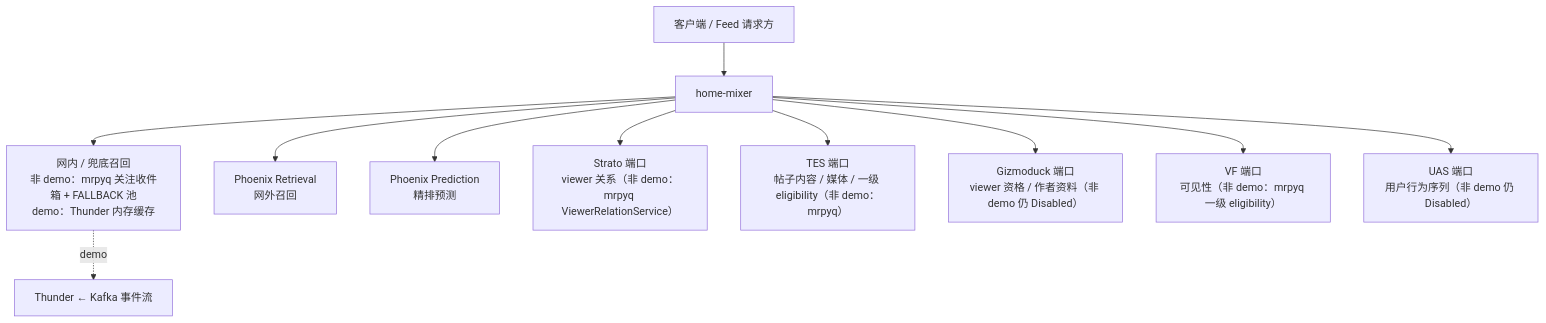
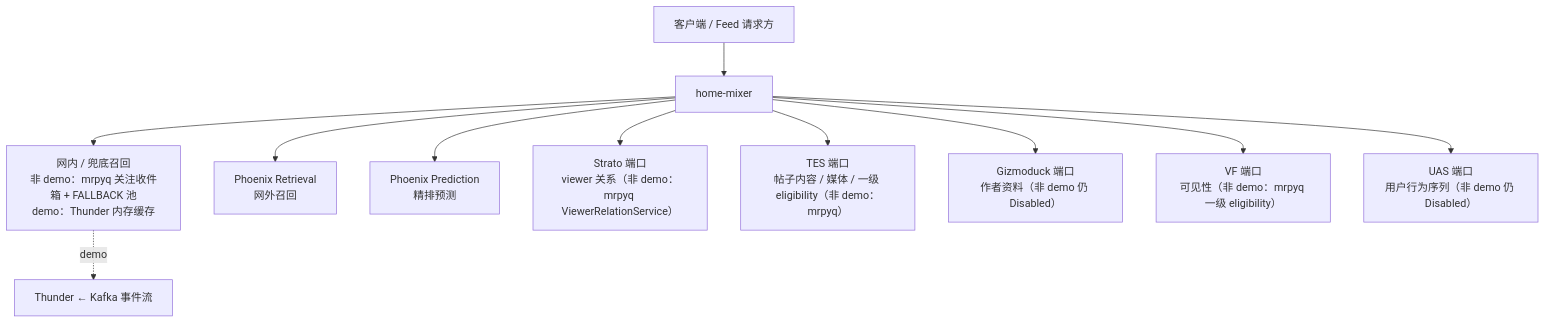
Before and after one commit to freefcw/x-algorithm: the first of 2 diagrams in docs/home-mixer/01-system-overview.md, drawn with Mermaid. The commit also changed 19 other files, not shown here.

````diff
--- a/docs/home-mixer/01-system-overview.md
+++ b/docs/home-mixer/01-system-overview.md
@@ -7,15 +7,15 @@
 ```mermaid
 flowchart TB
     Client["客户端 / Feed 请求方"] --> HM["home-mixer"]
 
     HM --> InNet["网内 / 兜底召回<br/>非 demo：mrpyq 关注收件箱 + FALLBACK 池<br/>demo：Thunder 内存缓存"]
     HM --> PhoenixRetrieve["Phoenix Retrieval<br/>网外召回"]
     HM --> PhoenixPredict["Phoenix Prediction<br/>精排预测"]
     HM --> Strato["Strato 端口<br/>viewer 关系（非 demo：mrpyq ViewerRelationService）"]
     HM --> TES["TES 端口<br/>帖子内容 / 媒体 / 一级 eligibility（非 demo：mrpyq）"]
-    HM --> Gizmoduck["Gizmoduck 端口<br/>viewer 资格 / 作者资料（非 demo 仍 Disabled）"]
+    HM --> Gizmoduck["Gizmoduck 端口<br/>作者资料（非 demo 仍 Disabled）"]
     HM --> VF["VF 端口<br/>可见性（非 demo：mrpyq 一级 eligibility）"]
     HM --> UAS["UAS 端口<br/>用户行为序列（非 demo 仍 Disabled）"]
 
     InNet -. demo .-> Kafka["Thunder ← Kafka 事件流"]
 ```
````
